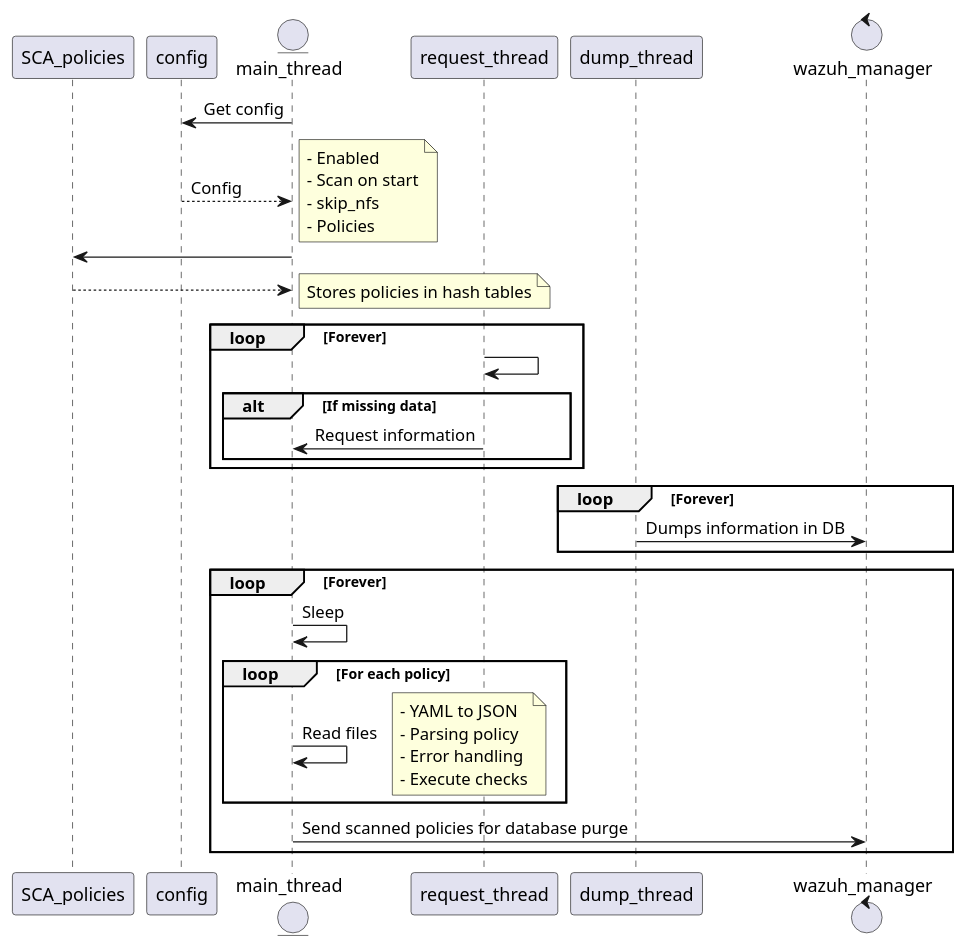
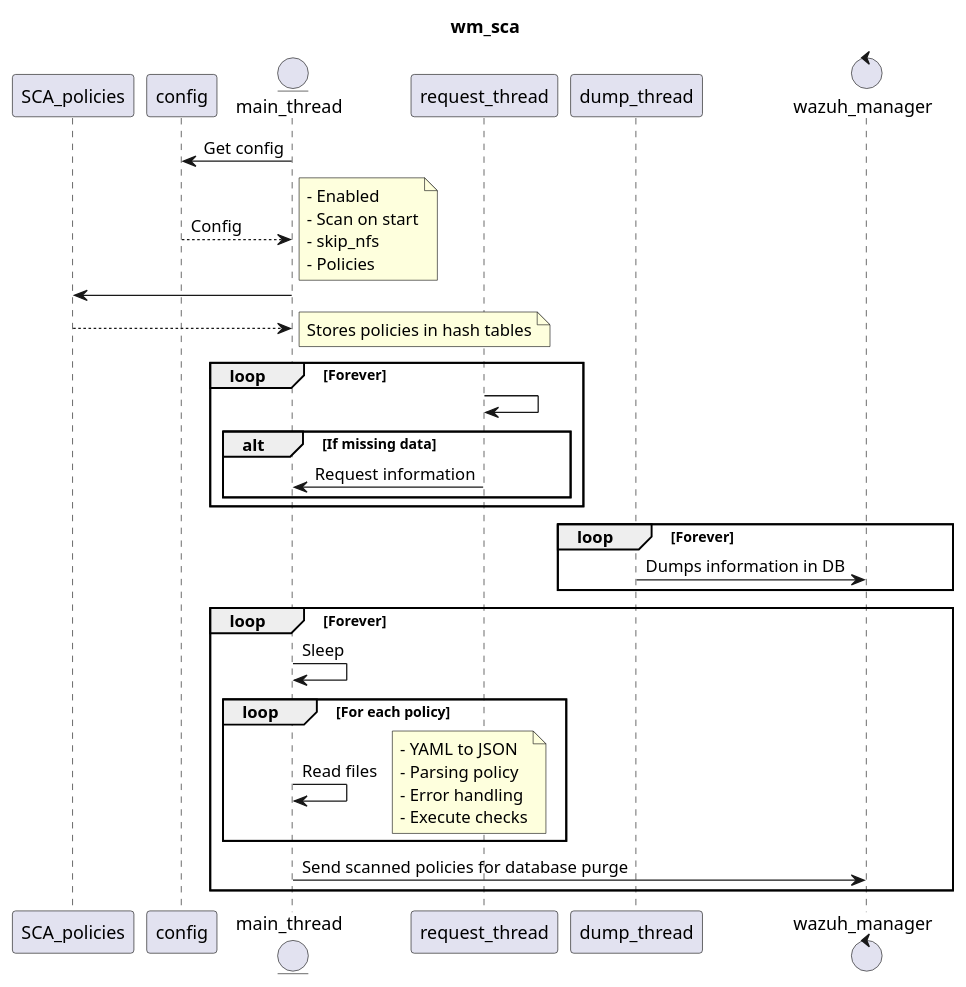
Before and after one commit to wazuh/wazuh-agent: the diagram in architecture/wm_sca/001-sequence.puml, drawn with PlantUML.

Commit message:
Fix indentation in sequence diagram for SCA

```diff
--- a/architecture/wm_sca/001-sequence.puml
+++ b/architecture/wm_sca/001-sequence.puml
@@ -5,52 +5,51 @@
-@startuml wm_sca
+@startuml
+title wm_sca
 
 participant SCA_policies 
-    participant config
-    entity main_thread
-    participant request_thread
-    participant dump_thread
-    control wazuh_manager
+participant config
+entity main_thread
+participant request_thread
+participant dump_thread
+control wazuh_manager
 
-    main_thread -> config : Get config
-    config --> main_thread : Config
-    note right
-        - Enabled
-        - Scan on start
-        - skip_nfs
-        - Policies
-    end note
+main_thread -> config : Get config
+config --> main_thread : Config
+note right
+    - Enabled
+    - Scan on start
+    - skip_nfs
+    - Policies
+end note
 
-    main_thread -> SCA_policies
-    SCA_policies --> main_thread
-    note right
-        Stores policies in hash tables
-    end note
+main_thread -> SCA_policies
+SCA_policies --> main_thread
+note right
+    Stores policies in hash tables
+end note
 
-    loop Forever
-        request_thread -> request_thread
-        alt If missing data
-            request_thread -> main_thread: Request information
+loop Forever
+    request_thread -> request_thread
+    alt If missing data
+        request_thread -> main_thread: Request information
+    end
+end
+
+loop Forever
+    dump_thread -> wazuh_manager: Dumps information in DB
+end
+
+loop Forever
+    main_thread -> main_thread: Sleep
+        loop For each policy
+            main_thread -> main_thread: Read files
+            note right
+                 - YAML to JSON
+                 - Parsing policy
+                 - Error handling
+                 - Execute checks
+            end note
         end
-    end
+    main_thread -> wazuh_manager: Send scanned policies for database purge
+end
 
-
-    loop Forever
-        dump_thread -> wazuh_manager: Dumps information in DB
-    end
-
-    loop Forever
-        main_thread -> main_thread: Sleep
-          
-            loop For each policy
-                main_thread -> main_thread: Read files
-                note right
-                     - YAML to JSON
-                     - Parsing policy
-                     - Error handling
-                     - Execute checks
-                end note
-            end
-        main_thread -> wazuh_manager: Send scanned policies for database purge
-    end
-
-@enduml wm_sca
+@enduml
```
